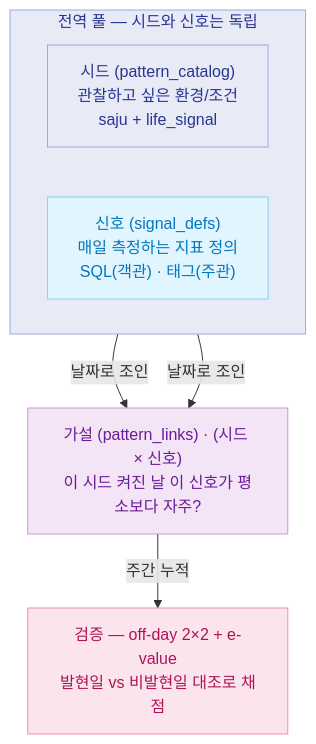
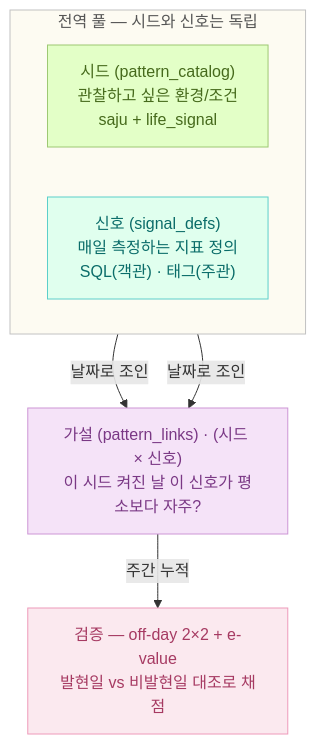
One commit to hyewon3938/slack-ai-agents changed the second of 8 diagrams in docs/explainers/insight-v2.md. Above: the diagram before and after it, drawn with Mermaid. The commit also changed other lines of this file, not shown here.

````diff
--- a/docs/explainers/insight-v2.md
+++ b/docs/explainers/insight-v2.md
@@ -133,25 +133,26 @@
 ```mermaid
 flowchart TB
   subgraph POOLS["전역 풀 — 시드와 신호는 독립"]
     direction LR
     SEED["시드 (pattern_catalog)<br/>관찰하고 싶은 환경/조건<br/>saju + life_signal"]
     SIGNAL["신호 (signal_defs)<br/>매일 측정하는 지표 정의<br/>SQL(객관) · 태그(주관)"]
   end
 
   HYP["가설 (pattern_links) · (시드 × 신호)<br/>이 시드 켜진 날 이 신호가 평소보다 자주?"]
   VER["검증 — off-day 2×2 + e-value<br/>발현일 vs 비발현일 대조로 채점"]
 
   SEED -- 날짜로 조인 --> HYP
   SIGNAL -- 날짜로 조인 --> HYP
   HYP -- 주간 누적 --> VER
 
-  classDef seedBox fill:#E8EAF6,stroke:#9FA8DA,color:#283593
-  classDef signalBox fill:#E1F5FE,stroke:#81D4FA,color:#0277BD
-  classDef hypothesisNode fill:#F3E5F5,stroke:#CE93D8,color:#6A1B9A
-  classDef verifyNode fill:#FCE4EC,stroke:#F48FB1,color:#AD1457
-  class POOLS seedBox
+  classDef groupBox fill:#FDFBF2,stroke:#C2C2C2,color:#555555
+  classDef seedBox fill:#E3FFC7,stroke:#9DC873,color:#466A1C
+  classDef signalBox fill:#E0FFEE,stroke:#5CCFCB,color:#0A6C69
+  classDef hypothesisNode fill:#F5E3F8,stroke:#CD96D5,color:#7A3885
+  classDef verifyNode fill:#FBE9EF,stroke:#EE9ABA,color:#A63A62
+  class POOLS groupBox
   class SEED seedBox
   class SIGNAL signalBox
   class HYP hypothesisNode
   class VER verifyNode
 ```
````
